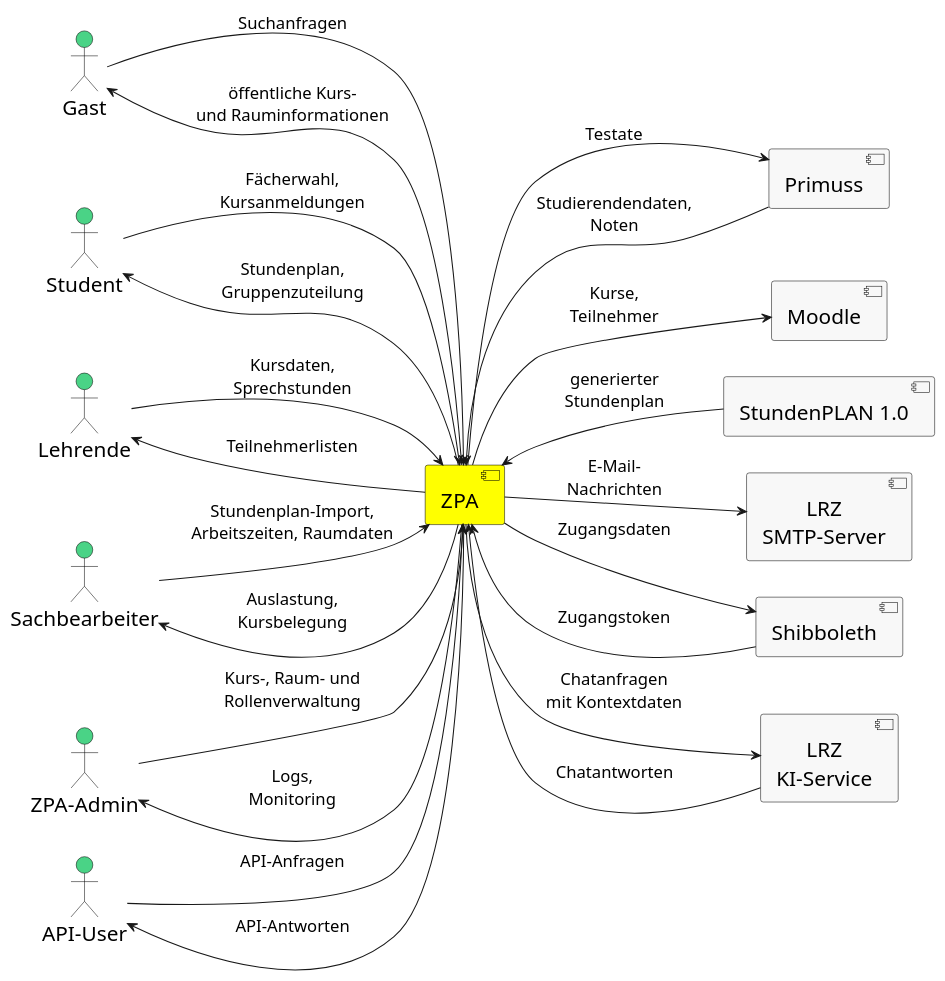
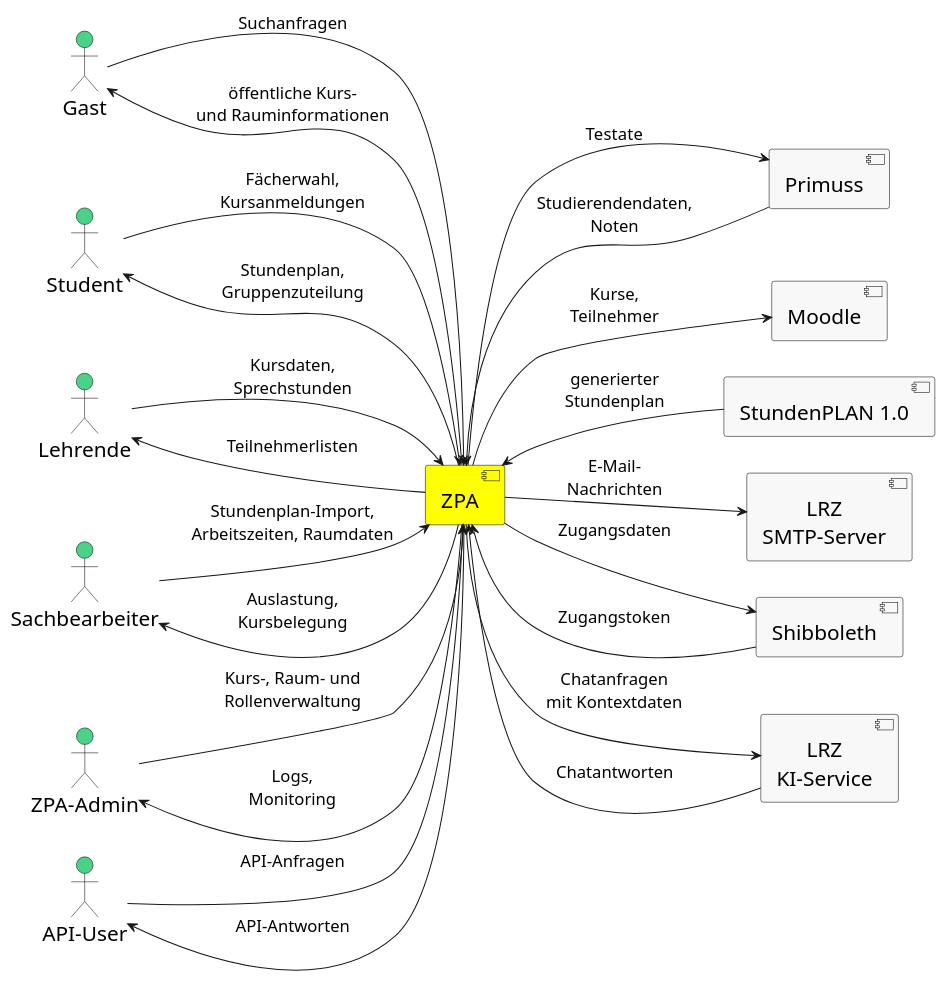
One commit to MullexBDE/SEng1 changed the diagram in src/main/puml/kontext/kontext-gesamt.puml. Above: the diagram before and after it, drawn with PlantUML. The commit also changed 3 other files, not shown here.

```diff
--- a/src/main/puml/kontext/kontext-gesamt.puml
+++ b/src/main/puml/kontext/kontext-gesamt.puml
@@ -1,79 +1,85 @@
 @startuml
+
+<style>
+document {
+  Margin 30
+}
+</style>
 
 skinparam componentStyle uml2
 hide stereotype
 skinparam defaultTextAlignment center
 
 skinparam actor {
   BackgroundColor #4AD386
   BorderColor #a0a0a0
   BackgroundColor<<Main>> #FFFF00
   BorderColor black
   ArrowColor black
   FontName  Arial Unicode MS
   FontSize 20
 }
 
 skinparam component {
   BackgroundColor #f8f8f8
   BorderColor #a0a0a0
   BackgroundColor<<Main>> #FFFF00
   BorderColor black
   FontName  Arial Unicode MS
   FontSize 20
   ArrowFontName  Arial Unicode MS
   ArrowFontSize 16
 }
 
 left to right direction
 
 :Gast:
 :Student:
 :Lehrende:
 :Sachbearbeiter:
 :ZPA-Admin: as Admin
 :API-User: as Api
 
 [ZPA] <<Main>>
 
 [Primuss]
 [Moodle]
 [StundenPLAN 1.0] as Stundenplan
 [LRZ\nSMTP-Server] as SMTP
 [Shibboleth]
 [LRZ\nKI-Service] as KI
 
 Gast --> ZPA : Suchanfragen
 Gast <-- ZPA : öffentliche Kurs-\nund Rauminformationen
 
 Student --> ZPA : Fächerwahl,\nKursanmeldungen
 Student <-- ZPA : Stundenplan,\nGruppenzuteilung
 
 Lehrende --> ZPA : Kursdaten,\nSprechstunden
 Lehrende <-- ZPA : Teilnehmerlisten
 
 Sachbearbeiter --> ZPA : Stundenplan-Import,\nArbeitszeiten, Raumdaten
 Sachbearbeiter <-- ZPA : Auslastung,\nKursbelegung
 
 Admin --> ZPA : Kurs-, Raum- und\nRollenverwaltung
 Admin <-- ZPA : Logs,\nMonitoring
 
 Api --> ZPA : API-Anfragen
 Api <-- ZPA : API-Antworten
 
 ZPA --> Primuss : Testate
 ZPA <-- Primuss : Studierendendaten,\nNoten
 
 ZPA --> Moodle : Kurse,\nTeilnehmer
 
 ZPA <-- Stundenplan : generierter\nStundenplan
 
 ZPA --> SMTP : E-Mail-\nNachrichten
 
 ZPA --> Shibboleth : Zugangsdaten
 ZPA <-- Shibboleth : Zugangstoken
 
 ZPA --> KI : Chatanfragen\nmit Kontextdaten
 ZPA <-- KI : Chatantworten
 
 @enduml
```
